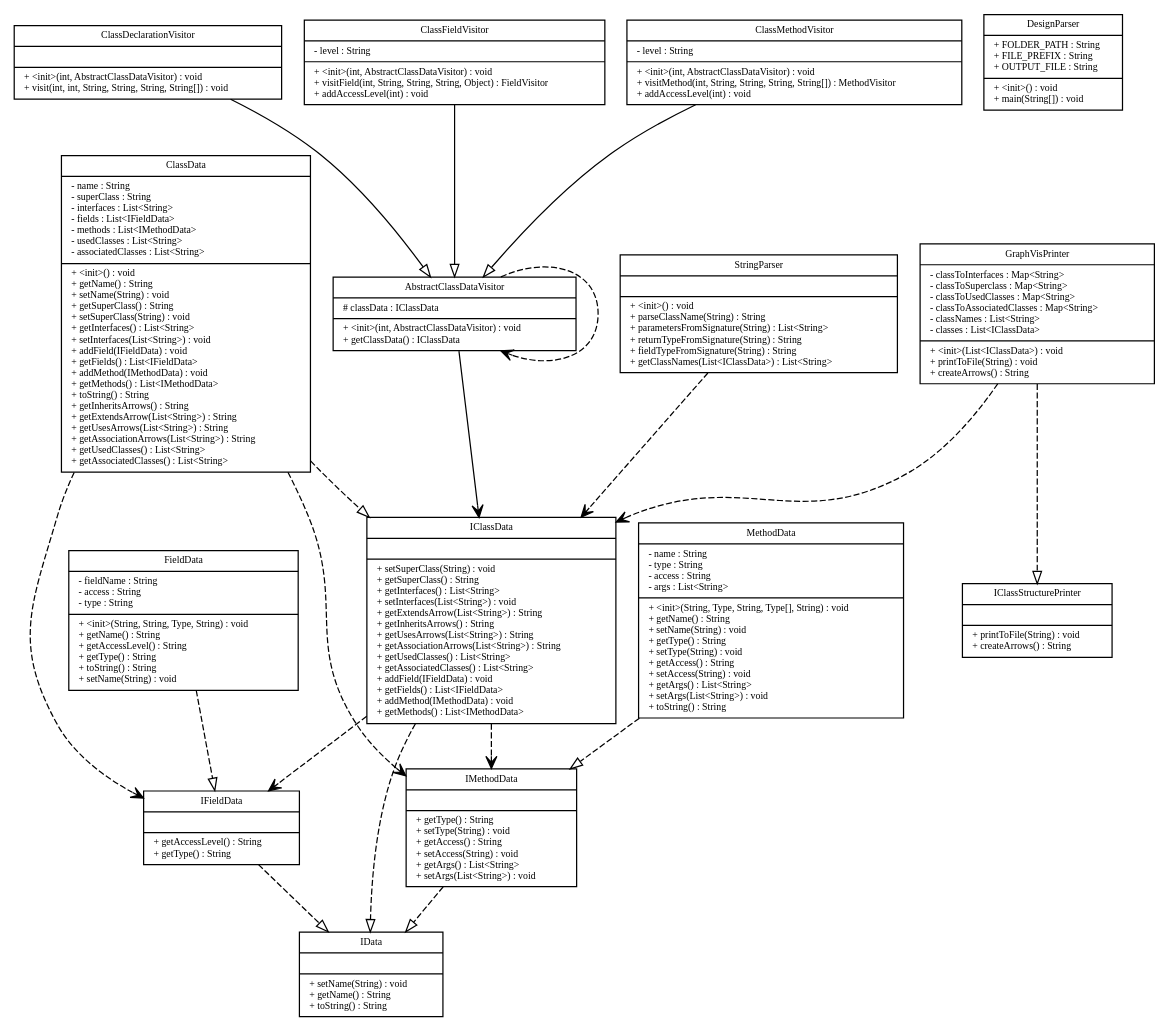
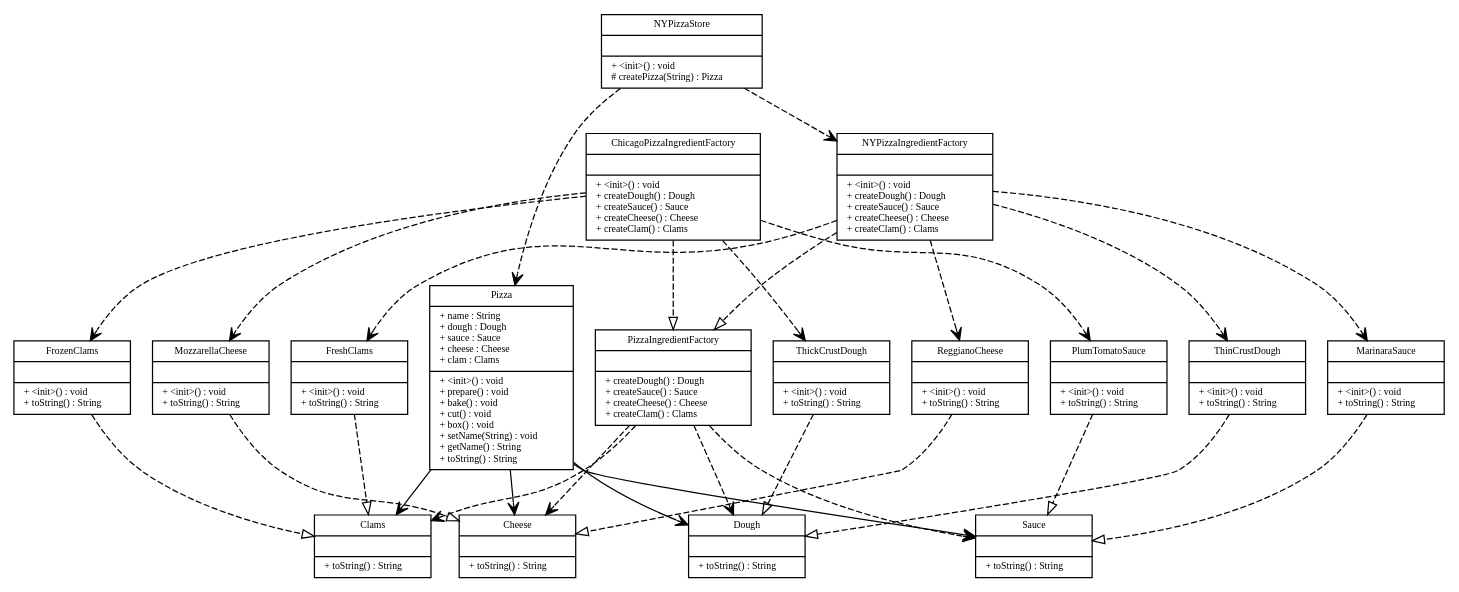
The diagram in input_output/Diagram.gv (LoganErexson/CSSE374TeamProject), drawn with Graphviz before and after one commit. The commit also changed 3 other files, not shown here.

```diff
--- a/input_output/Diagram.gv
+++ b/input_output/Diagram.gv
@@ -1,91 +1,107 @@
 digraph G {
 fontname = " Bitstream Vera San"
 fontsize =8
 node [
 fontname = "Bitstream Vera Sans"
 fontsize =8
 shape = "record"]
 edge [
 fontname = "Bitstream Vera Sans"
 fontsize =8
 ]
-AbstractClassDataVisitor [
-label = "{AbstractClassDataVisitor|# classData : IClassData\l|+ \<init\>(int, AbstractClassDataVisitor) : void\l+ getClassData() : IClassData\l}"
+Cheese [
+label = "{Cheese||+ toString() : String\l}"
 ]
-ClassData [
-label = "{ClassData|- name : String\l- superClass : String\l- interfaces : List\<String\>\l- fields : List\<IFieldData\>\l- methods : List\<IMethodData\>\l- usedClasses : List\<String\>\l- associatedClasses : List\<String\>\l|+ \<init\>() : void\l+ getName() : String\l+ setName(String) : void\l+ getSuperClass() : String\l+ setSuperClass(String) : void\l+ getInterfaces() : List\<String\>\l+ setInterfaces(List\<String\>) : void\l+ addField(IFieldData) : void\l+ getFields() : List\<IFieldData\>\l+ addMethod(IMethodData) : void\l+ getMethods() : List\<IMethodData\>\l+ toString() : String\l+ getInheritsArrows() : String\l+ getExtendsArrow(List\<String\>) : String\l+ getUsesArrows(List\<String\>) : String\l+ getAssociationArrows(List\<String\>) : String\l+ getUsedClasses() : List\<String\>\l+ getAssociatedClasses() : List\<String\>\l}"
+ChicagoPizzaIngredientFactory [
+label = "{ChicagoPizzaIngredientFactory||+ \<init\>() : void\l+ createDough() : Dough\l+ createSauce() : Sauce\l+ createCheese() : Cheese\l+ createClam() : Clams\l}"
 ]
-ClassDeclarationVisitor [
-label = "{ClassDeclarationVisitor||+ \<init\>(int, AbstractClassDataVisitor) : void\l+ visit(int, int, String, String, String, String[]) : void\l}"
+Clams [
+label = "{Clams||+ toString() : String\l}"
 ]
-ClassFieldVisitor [
-label = "{ClassFieldVisitor|- level : String\l|+ \<init\>(int, AbstractClassDataVisitor) : void\l+ visitField(int, String, String, String, Object) : FieldVisitor\l+ addAccessLevel(int) : void\l}"
+Dough [
+label = "{Dough||+ toString() : String\l}"
 ]
-ClassMethodVisitor [
-label = "{ClassMethodVisitor|- level : String\l|+ \<init\>(int, AbstractClassDataVisitor) : void\l+ visitMethod(int, String, String, String, String[]) : MethodVisitor\l+ addAccessLevel(int) : void\l}"
+FreshClams [
+label = "{FreshClams||+ \<init\>() : void\l+ toString() : String\l}"
 ]
-DesignParser [
-label = "{DesignParser|+ FOLDER_PATH : String\l+ FILE_PREFIX : String\l+ OUTPUT_FILE : String\l|+ \<init\>() : void\l+ main(String[]) : void\l}"
+FrozenClams [
+label = "{FrozenClams||+ \<init\>() : void\l+ toString() : String\l}"
 ]
-FieldData [
-label = "{FieldData|- fieldName : String\l- access : String\l- type : String\l|+ \<init\>(String, String, Type, String) : void\l+ getName() : String\l+ getAccessLevel() : String\l+ getType() : String\l+ toString() : String\l+ setName(String) : void\l}"
+MarinaraSauce [
+label = "{MarinaraSauce||+ \<init\>() : void\l+ toString() : String\l}"
 ]
-GraphVisPrinter [
-label = "{GraphVisPrinter|- classToInterfaces : Map\<String\>\l- classToSuperclass : Map\<String\>\l- classToUsedClasses : Map\<String\>\l- classToAssociatedClasses : Map\<String\>\l- classNames : List\<String\>\l- classes : List\<IClassData\>\l|+ \<init\>(List\<IClassData\>) : void\l+ printToFile(String) : void\l+ createArrows() : String\l}"
+MozzarellaCheese [
+label = "{MozzarellaCheese||+ \<init\>() : void\l+ toString() : String\l}"
 ]
-IClassData [
-label = "{IClassData||+ setSuperClass(String) : void\l+ getSuperClass() : String\l+ getInterfaces() : List\<String\>\l+ setInterfaces(List\<String\>) : void\l+ getExtendsArrow(List\<String\>) : String\l+ getInheritsArrows() : String\l+ getUsesArrows(List\<String\>) : String\l+ getAssociationArrows(List\<String\>) : String\l+ getUsedClasses() : List\<String\>\l+ getAssociatedClasses() : List\<String\>\l+ addField(IFieldData) : void\l+ getFields() : List\<IFieldData\>\l+ addMethod(IMethodData) : void\l+ getMethods() : List\<IMethodData\>\l}"
+NYPizzaIngredientFactory [
+label = "{NYPizzaIngredientFactory||+ \<init\>() : void\l+ createDough() : Dough\l+ createSauce() : Sauce\l+ createCheese() : Cheese\l+ createClam() : Clams\l}"
 ]
-IClassStructurePrinter [
-label = "{IClassStructurePrinter||+ printToFile(String) : void\l+ createArrows() : String\l}"
+NYPizzaStore [
+label = "{NYPizzaStore||+ \<init\>() : void\l# createPizza(String) : Pizza\l}"
 ]
-IData [
-label = "{IData||+ setName(String) : void\l+ getName() : String\l+ toString() : String\l}"
+Pizza [
+label = "{Pizza|+ name : String\l+ dough : Dough\l+ sauce : Sauce\l+ cheese : Cheese\l+ clam : Clams\l|+ \<init\>() : void\l+ prepare() : void\l+ bake() : void\l+ cut() : void\l+ box() : void\l+ setName(String) : void\l+ getName() : String\l+ toString() : String\l}"
 ]
-IFieldData [
-label = "{IFieldData||+ getAccessLevel() : String\l+ getType() : String\l}"
+PizzaIngredientFactory [
+label = "{PizzaIngredientFactory||+ createDough() : Dough\l+ createSauce() : Sauce\l+ createCheese() : Cheese\l+ createClam() : Clams\l}"
 ]
-IMethodData [
-label = "{IMethodData||+ getType() : String\l+ setType(String) : void\l+ getAccess() : String\l+ setAccess(String) : void\l+ getArgs() : List\<String\>\l+ setArgs(List\<String\>) : void\l}"
+PlumTomatoSauce [
+label = "{PlumTomatoSauce||+ \<init\>() : void\l+ toString() : String\l}"
 ]
-MethodData [
-label = "{MethodData|- name : String\l- type : String\l- access : String\l- args : List\<String\>\l|+ \<init\>(String, Type, String, Type[], String) : void\l+ getName() : String\l+ setName(String) : void\l+ getType() : String\l+ setType(String) : void\l+ getAccess() : String\l+ setAccess(String) : void\l+ getArgs() : List\<String\>\l+ setArgs(List\<String\>) : void\l+ toString() : String\l}"
+ReggianoCheese [
+label = "{ReggianoCheese||+ \<init\>() : void\l+ toString() : String\l}"
 ]
-StringParser [
-label = "{StringParser||+ \<init\>() : void\l+ parseClassName(String) : String\l+ parametersFromSignature(String) : List\<String\>\l+ returnTypeFromSignature(String) : String\l+ fieldTypeFromSignature(String) : String\l+ getClassNames(List\<IClassData\>) : List\<String\>\l}"
+Sauce [
+label = "{Sauce||+ toString() : String\l}"
+]
+ThickCrustDough [
+label = "{ThickCrustDough||+ \<init\>() : void\l+ toString() : String\l}"
+]
+ThinCrustDough [
+label = "{ThinCrustDough||+ \<init\>() : void\l+ toString() : String\l}"
 ]
 edge [ 
 arrowhead = "empty"
 style = "solid"
 ]
-ClassMethodVisitor -> AbstractClassDataVisitor
-ClassDeclarationVisitor -> AbstractClassDataVisitor
-ClassFieldVisitor -> AbstractClassDataVisitor
 edge [ 
 arrowhead = "empty"
 style = "dashed"
 ]
-FieldData -> IFieldData
-ClassData -> IClassData
-GraphVisPrinter -> IClassStructurePrinter
-MethodData -> IMethodData
-IMethodData -> IData
-IClassData -> IData
-IFieldData -> IData
+MarinaraSauce -> Sauce
+ThickCrustDough -> Dough
+NYPizzaIngredientFactory -> PizzaIngredientFactory
+PlumTomatoSauce -> Sauce
+ThinCrustDough -> Dough
+ChicagoPizzaIngredientFactory -> PizzaIngredientFactory
+MozzarellaCheese -> Cheese
+ReggianoCheese -> Cheese
+FrozenClams -> Clams
+FreshClams -> Clams
 edge [ 
 arrowhead = "vee"
 style = "solid"
 ]
-AbstractClassDataVisitor -> IClassData
+Pizza -> Dough
+Pizza -> Sauce
+Pizza -> Cheese
+Pizza -> Clams
 edge [ 
 arrowhead = "vee"
 style = "dashed"
 ]
-StringParser -> IClassData
-AbstractClassDataVisitor -> AbstractClassDataVisitor
-ClassData -> IFieldData
-ClassData -> IMethodData
-GraphVisPrinter -> IClassData
-IClassData -> IFieldData
-IClassData -> IMethodData
+PizzaIngredientFactory -> Dough
+PizzaIngredientFactory -> Sauce
+PizzaIngredientFactory -> Cheese
+PizzaIngredientFactory -> Clams
+NYPizzaIngredientFactory -> ThinCrustDough
+NYPizzaIngredientFactory -> MarinaraSauce
+NYPizzaIngredientFactory -> ReggianoCheese
+NYPizzaIngredientFactory -> FreshClams
+ChicagoPizzaIngredientFactory -> ThickCrustDough
+ChicagoPizzaIngredientFactory -> PlumTomatoSauce
+ChicagoPizzaIngredientFactory -> MozzarellaCheese
+ChicagoPizzaIngredientFactory -> FrozenClams
+NYPizzaStore -> NYPizzaIngredientFactory
+NYPizzaStore -> Pizza
 }
```
